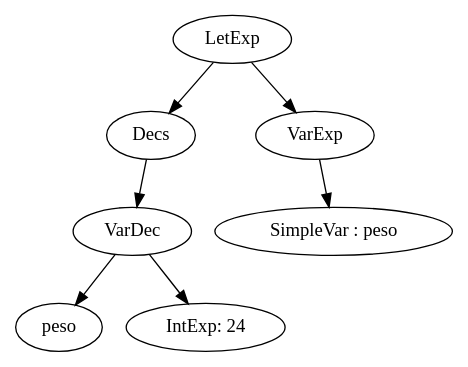
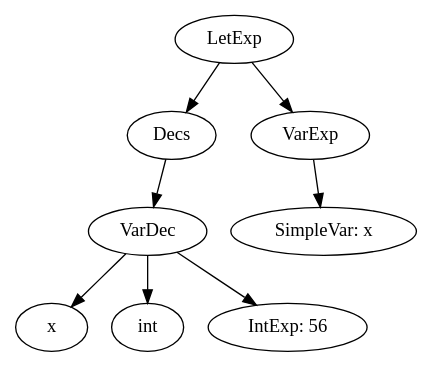
Before and after one commit to ailtonjapaitpaeva/Compiladores: the diagram in test1.dot, drawn with Graphviz. The commit also changed 5 other files, not shown here.

```diff
--- a/test1.dot
+++ b/test1.dot
@@ -1,15 +1,17 @@
 digraph AST {
 	root [label="LetExp"];
 		root_1 [label="Decs"];
 			root_1_1 [label="VarDec"];
-				root_1_1_1 [label="peso"];
+				root_1_1_1 [label="x"];
 			root_1_1 -> root_1_1_1;
-				root_1_1_2 [label="IntExp: 24"];
+				root_1_1_2 [label="int"];
 			root_1_1 -> root_1_1_2;
+				root_1_1_3 [label="IntExp: 56"];
+			root_1_1 -> root_1_1_3;
 		root_1 -> root_1_1;
 	root -> root_1;
 		root_2 [label="VarExp"];
-			root_2_1 [label="SimpleVar : peso"];
+			root_2_1 [label="SimpleVar: x"];
 		root_2 -> root_2_1;
 	root -> root_2;
 }
```
